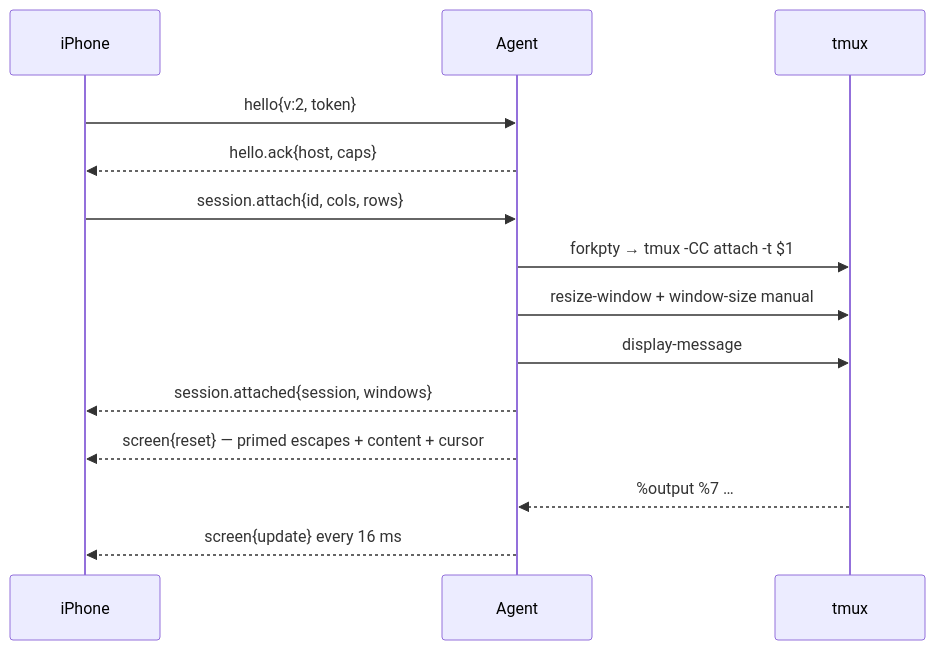
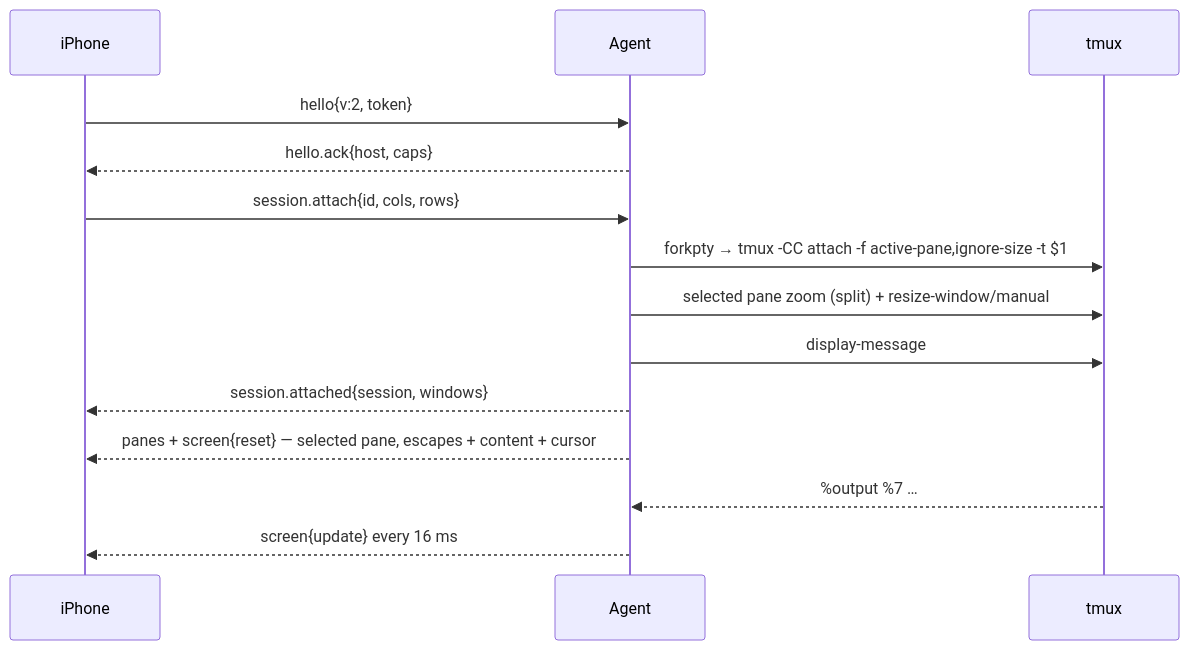
One commit to waylake/pockettmux changed the second of 2 diagrams in README.md. Above: the diagram before and after it, drawn with Mermaid. The commit also changed other lines of this file and 46 other files, not shown here.

````diff
--- a/README.md
+++ b/README.md
@@ -130,16 +137,16 @@
 ```mermaid
 sequenceDiagram
     participant P as iPhone
     participant A as Agent
     participant T as tmux
     P->>A: hello{v:2, token}
     A-->>P: hello.ack{host, caps}
     P->>A: session.attach{id, cols, rows}
-    A->>T: forkpty → tmux -CC attach -t $1
-    A->>T: resize-window + window-size manual
+    A->>T: forkpty → tmux -CC attach -f active-pane,ignore-size -t $1
+    A->>T: selected pane zoom (split) + resize-window/manual
     A->>T: display-message #{alternate_on}… · capture-pane -p -e
     A-->>P: session.attached{session, windows}
-    A-->>P: screen{reset} — primed escapes + content + cursor
+    A-->>P: panes + screen{reset} — selected pane, escapes + content + cursor
     T-->>A: %output %7 …
     A-->>P: screen{update} every 16 ms
 ```
````
